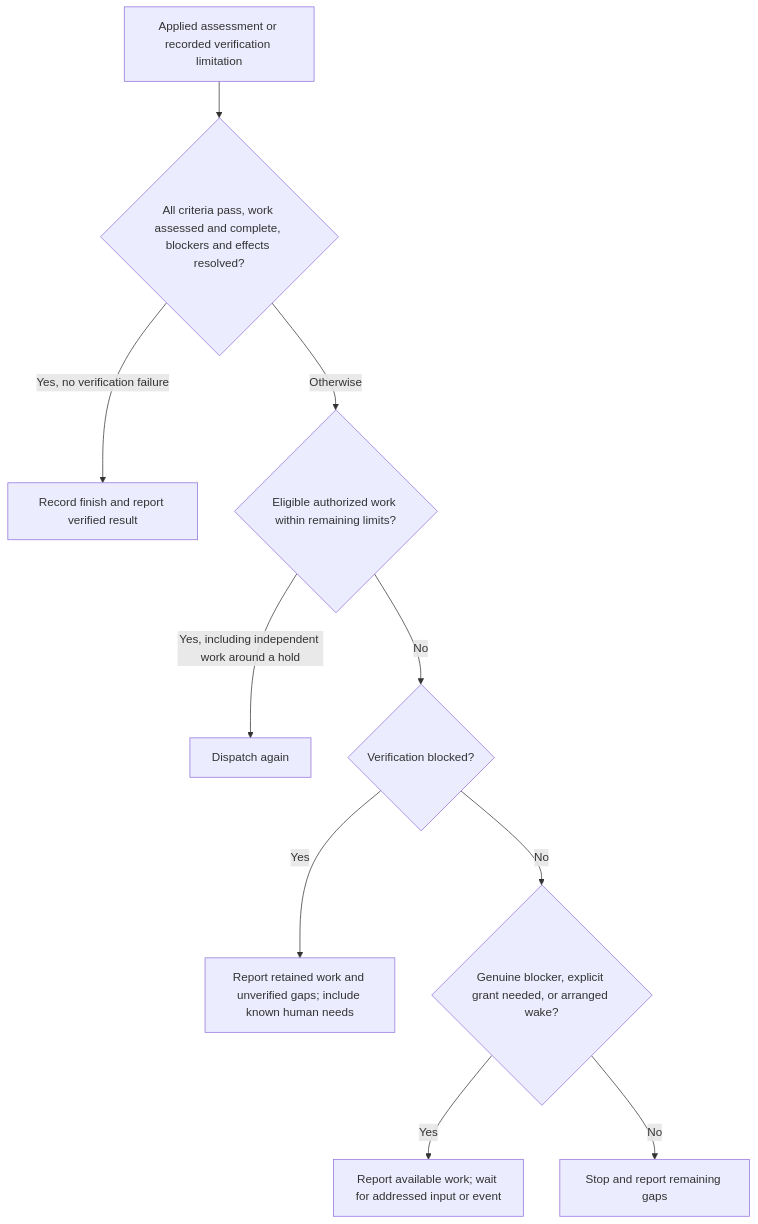
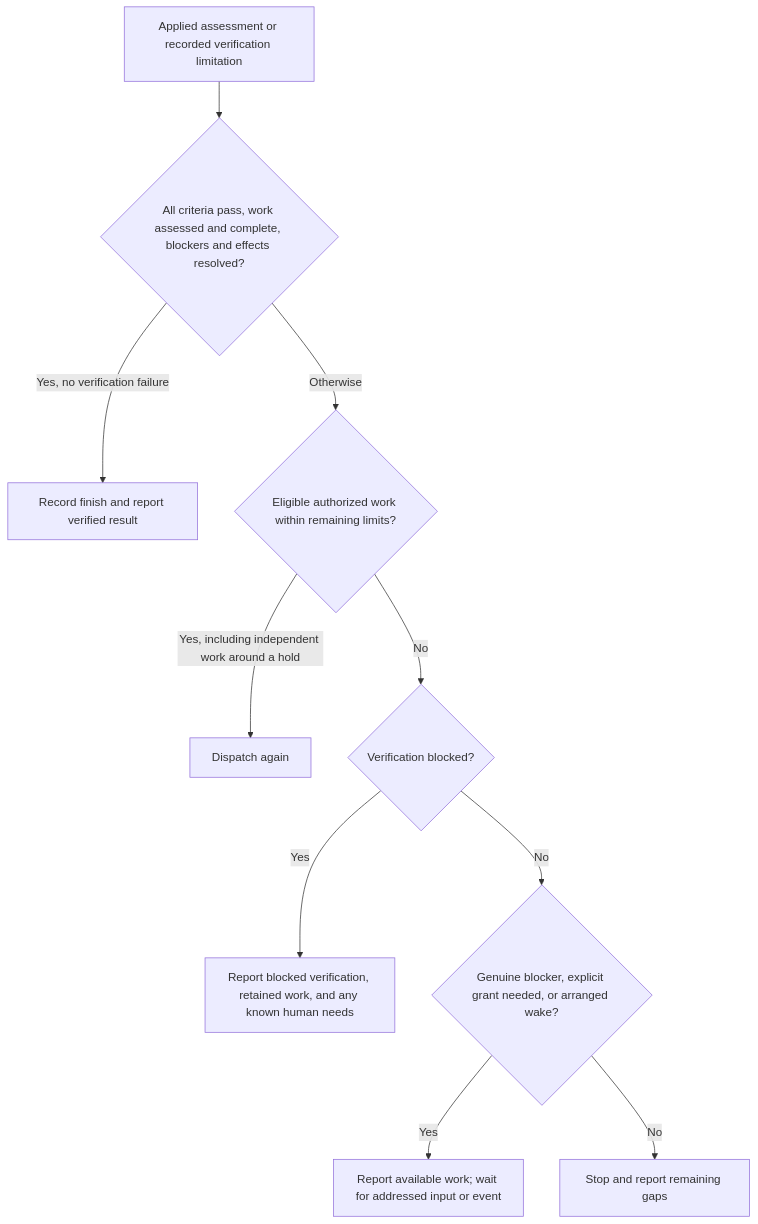
The third of 4 diagrams in docs/architecture-diagrams.md (SzpakLabs/pi-ping-pong), drawn with Mermaid before and after one commit. The commit also changed other lines of this file and 9 other files, not shown here.

````diff
--- a/docs/architecture-diagrams.md
+++ b/docs/architecture-diagrams.md
@@ -49,12 +49,12 @@
 ```mermaid
 flowchart TD
     Review["Applied assessment or recorded verification limitation"] --> Finish{"All criteria pass, work assessed and complete, blockers and effects resolved?"}
     Finish -->|Yes, no verification failure| Accepted["Record finish and report verified result"]
     Finish -->|Otherwise| More{"Eligible authorized work within remaining limits?"}
     More -->|Yes, including independent work around a hold| Dispatch["Dispatch again"]
     More -->|No| Failure{"Verification blocked?"}
-    Failure -->|Yes| Preserve["Report retained work and unverified gaps; include known human needs"]
+    Failure -->|Yes| Preserve["Report blocked verification, retained work, and any known human needs"]
     Failure -->|No| Wait{"Genuine blocker, explicit grant needed, or arranged wake?"}
     Wait -->|Yes| Pause["Report available work; wait for addressed input or event"]
     Wait -->|No| Stop["Stop and report remaining gaps"]
 ```
````
